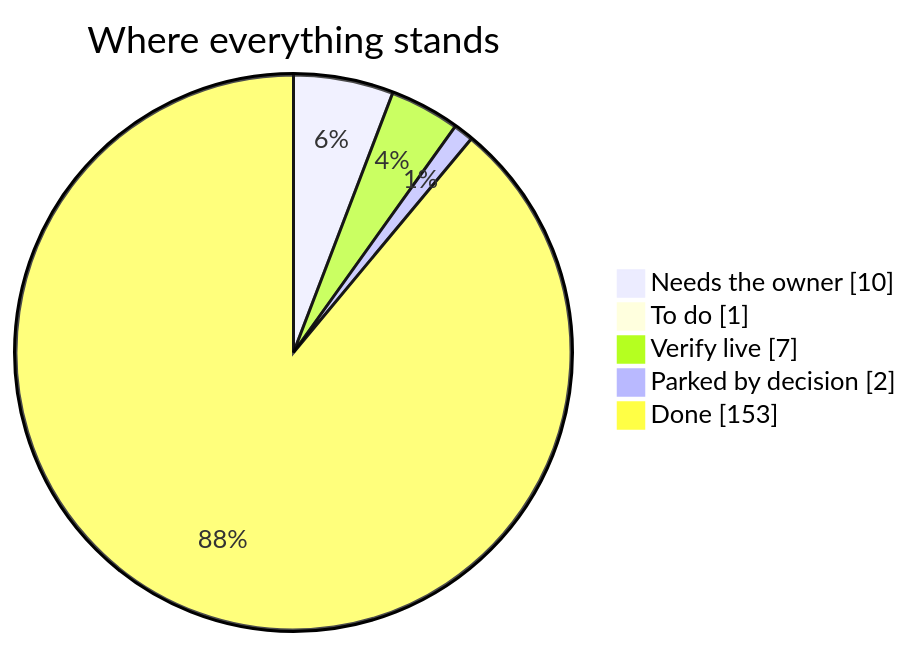
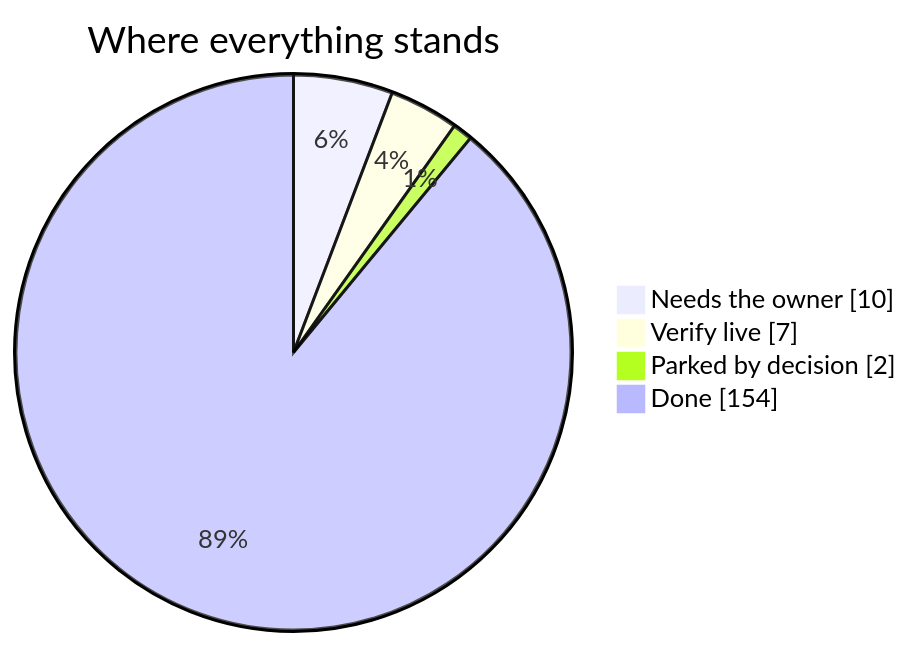
Before and after one commit to divitkej/gradlink: the diagram in launch-board/README.md, drawn with Mermaid. The commit also changed other lines of this file and 4 other files, not shown here.

````diff
--- a/launch-board/README.md
+++ b/launch-board/README.md
@@ -11,9 +11,8 @@
 ```mermaid
 pie showData
   title Where everything stands
   "Needs the owner" : 10
-  "To do" : 1
   "Verify live" : 7
   "Parked by decision" : 2
-  "Done" : 153
+  "Done" : 154
 ```
````
